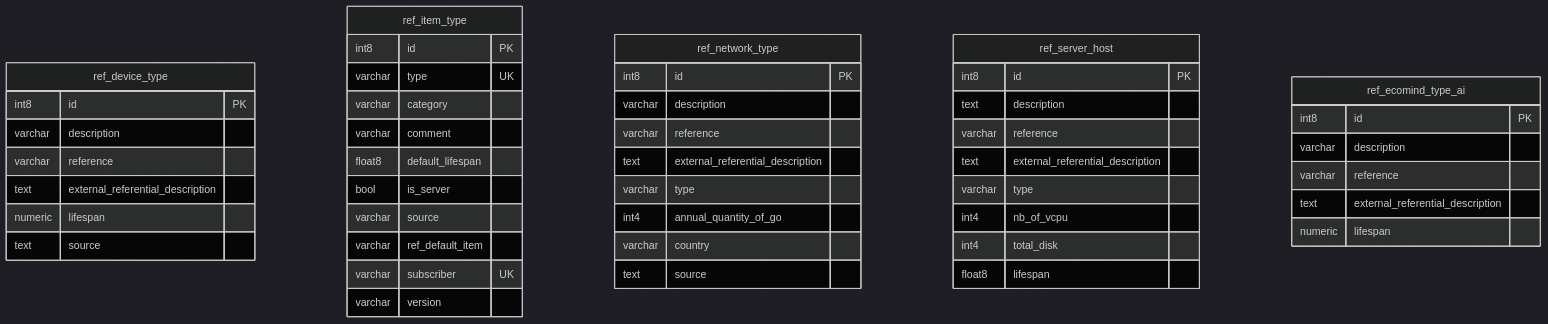
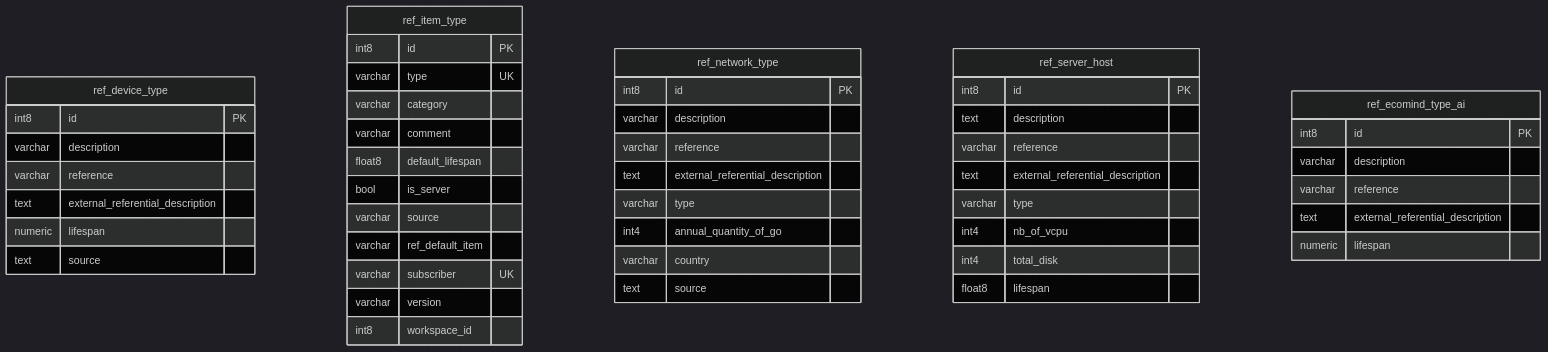
One commit to teamg4it/g4it changed the diagram in services/documentation/content/3-technical-documentation/4-backend_documentation/db_documentation/referential/digital_service_definition/_index.md. Above: the diagram before and after it, drawn with Mermaid (dark theme). The commit also changed other lines of this file and 13 other files, not shown here.

````diff
--- a/services/documentation/content/3-technical-documentation/4-backend_documentation/db_documentation/referential/digital_service_definition/_index.md
+++ b/services/documentation/content/3-technical-documentation/4-backend_documentation/db_documentation/referential/digital_service_definition/_index.md
@@ -8,51 +8,52 @@
 ```mermaid
 erDiagram 
 
   ref_device_type {
     int8 id PK
     varchar description
     varchar reference
     text external_referential_description
     numeric lifespan
     text source
   }
   ref_item_type {
     int8 id PK
     varchar type UK
     varchar category
     varchar comment
     float8 default_lifespan
     bool is_server
     varchar source
     varchar ref_default_item
     varchar subscriber UK
     varchar version
+    int8 workspace_id
   }
   ref_network_type {
     int8 id PK
     varchar description
     varchar reference
     text external_referential_description
     varchar type
     int4 annual_quantity_of_go
     varchar country
     text source
   }
   ref_server_host {
     int8 id PK
     text description
     varchar reference
     text external_referential_description
     varchar type
     int4 nb_of_vcpu
     int4 total_disk
     float8 lifespan
   }
   ref_ecomind_type_ai {
     int8 id PK
     varchar description
     varchar reference
     text external_referential_description
     numeric lifespan
   }
 ``` 
````
